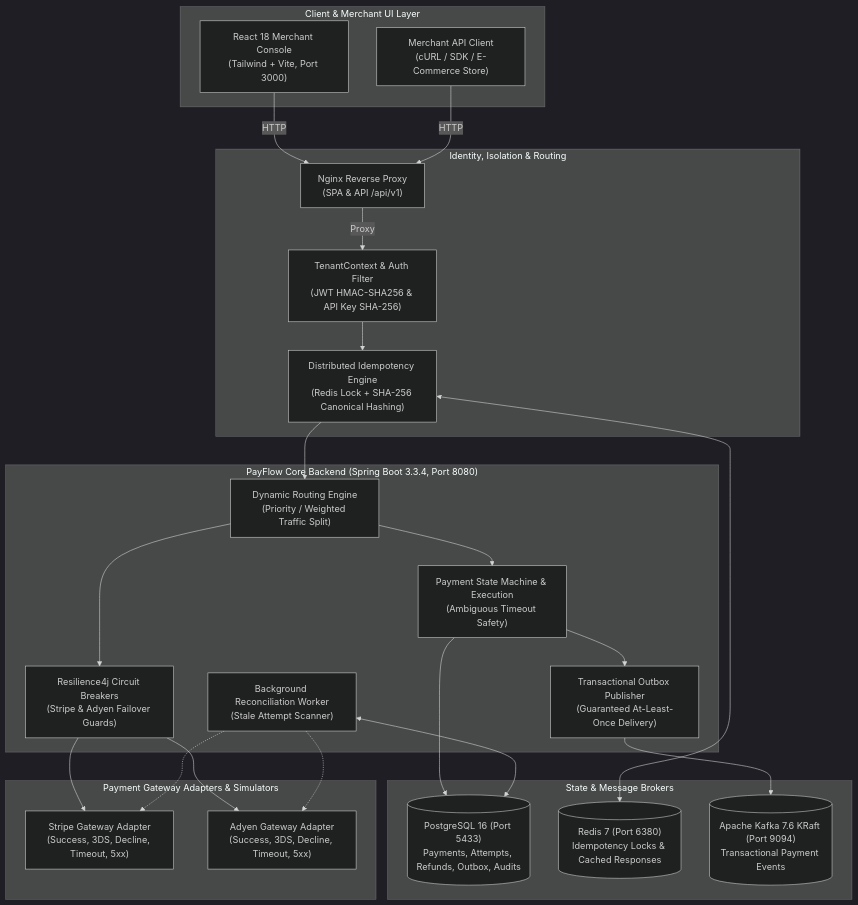
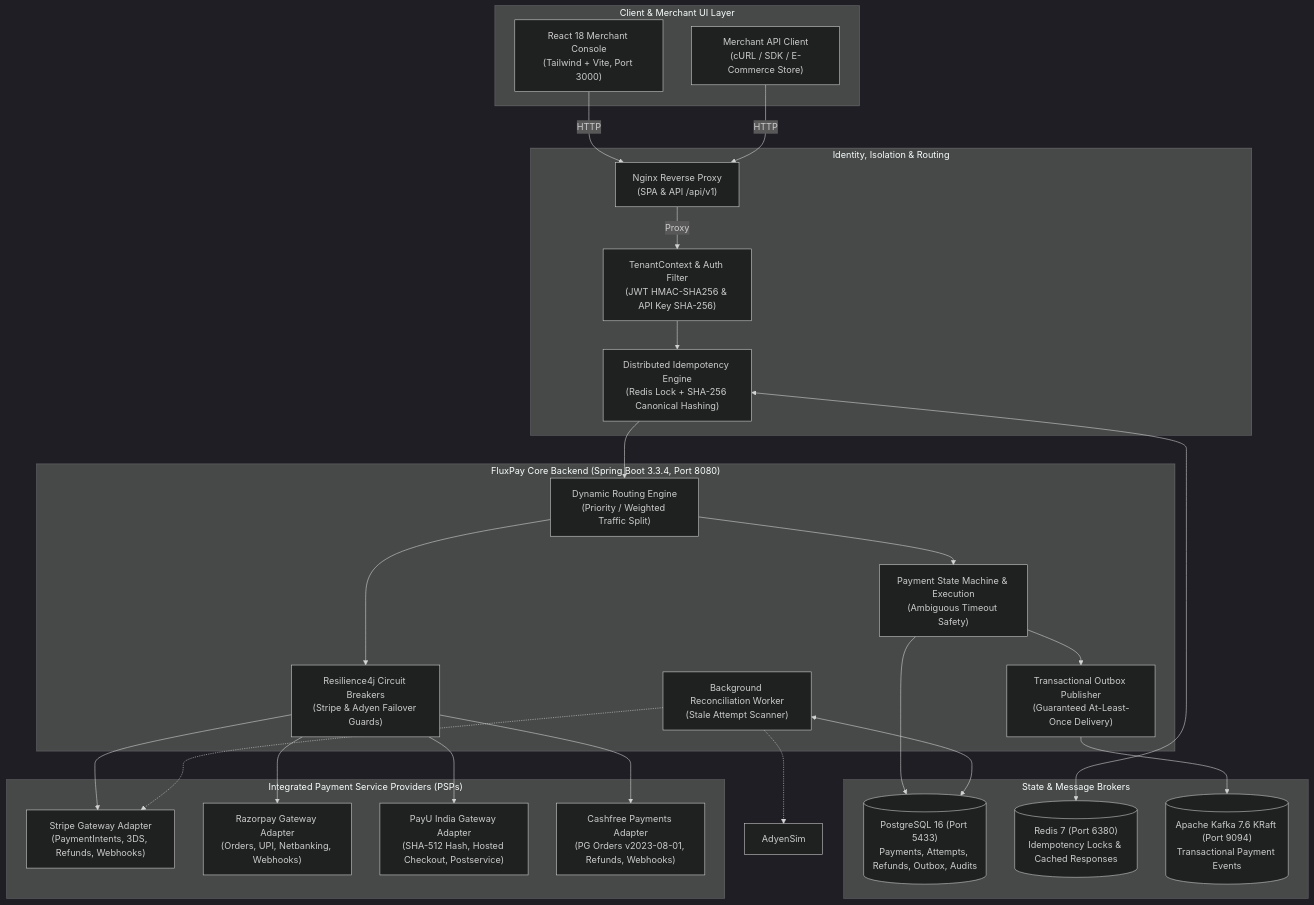
Before and after one commit to YashSaxena070/PayFlow: the diagram in README.md, drawn with Mermaid (dark theme). The commit also changed other lines of this file and 66 other files, not shown here.

Commit message:
feat: payment orchestrator with multi-gateway routing, warm-editorial UI, Redis and Kafka

````diff
--- a/README.md
+++ b/README.md
@@ -47,49 +47,53 @@
 ```mermaid
 flowchart TD
     subgraph Client ["Client & Merchant UI Layer"]
         UserBrowser["React 18 Merchant Console<br/>(Tailwind + Vite, Port 3000)"]
         APIClient["Merchant API Client<br/>(cURL / SDK / E-Commerce Store)"]
     end
 
     subgraph SecurityGateway ["Identity, Isolation & Routing"]
         Nginx["Nginx Reverse Proxy<br/>(SPA & API /api/v1)"]
         TenantFilter["TenantContext & Auth Filter<br/>(JWT HMAC-SHA256 & API Key SHA-256)"]
         IdempotencyLayer["Distributed Idempotency Engine<br/>(Redis Lock + SHA-256 Canonical Hashing)"]
     end
 
-    subgraph CoreEngine ["PayFlow Core Backend (Spring Boot 3.3.4, Port 8080)"]
+    subgraph CoreEngine ["FluxPay Core Backend (Spring Boot 3.3.4, Port 8080)"]
         RoutingService["Dynamic Routing Engine<br/>(Priority / Weighted Traffic Split)"]
         CircuitBreakers["Resilience4j Circuit Breakers<br/>(Stripe & Adyen Failover Guards)"]
         PaymentService["Payment State Machine & Execution<br/>(Ambiguous Timeout Safety)"]
         OutboxPublisher["Transactional Outbox Publisher<br/>(Guaranteed At-Least-Once Delivery)"]
         ReconciliationWorker["Background Reconciliation Worker<br/>(Stale Attempt Scanner)"]
     end
 
     subgraph Storage ["State & Message Brokers"]
         Postgres[("PostgreSQL 16 (Port 5433)<br/>Payments, Attempts, Refunds, Outbox, Audits")]
         Redis[("Redis 7 (Port 6380)<br/>Idempotency Locks & Cached Responses")]
         Kafka[("Apache Kafka 7.6 KRaft (Port 9094)<br/>Transactional Payment Events")]
     end
 
-    subgraph Gateways ["Payment Gateway Adapters & Simulators"]
-        StripeSim["Stripe Gateway Adapter<br/>(Success, 3DS, Decline, Timeout, 5xx)"]
-        AdyenSim["Adyen Gateway Adapter<br/>(Success, 3DS, Decline, Timeout, 5xx)"]
+    subgraph Gateways ["Integrated Payment Service Providers (PSPs)"]
+        StripeSim["Stripe Gateway Adapter<br/>(PaymentIntents, 3DS, Refunds, Webhooks)"]
+        RazorpaySim["Razorpay Gateway Adapter<br/>(Orders, UPI, Netbanking, Webhooks)"]
+        PayUSim["PayU India Gateway Adapter<br/>(SHA-512 Hash, Hosted Checkout, Postservice)"]
+        CashfreeSim["Cashfree Payments Adapter<br/>(PG Orders v2023-08-01, Refunds, Webhooks)"]
     end
 
     UserBrowser -->|HTTP| Nginx
     APIClient -->|HTTP| Nginx
     Nginx -->|Proxy| TenantFilter
     TenantFilter --> IdempotencyLayer
     IdempotencyLayer <--> Redis
     IdempotencyLayer --> RoutingService
     RoutingService --> CircuitBreakers
     CircuitBreakers --> StripeSim
-    CircuitBreakers --> AdyenSim
+    CircuitBreakers --> RazorpaySim
+    CircuitBreakers --> PayUSim
+    CircuitBreakers --> CashfreeSim
     RoutingService --> PaymentService
     PaymentService --> Postgres
     PaymentService --> OutboxPublisher
     OutboxPublisher --> Kafka
     ReconciliationWorker <--> Postgres
     ReconciliationWorker -.-> StripeSim
     ReconciliationWorker -.-> AdyenSim
 ```
````
